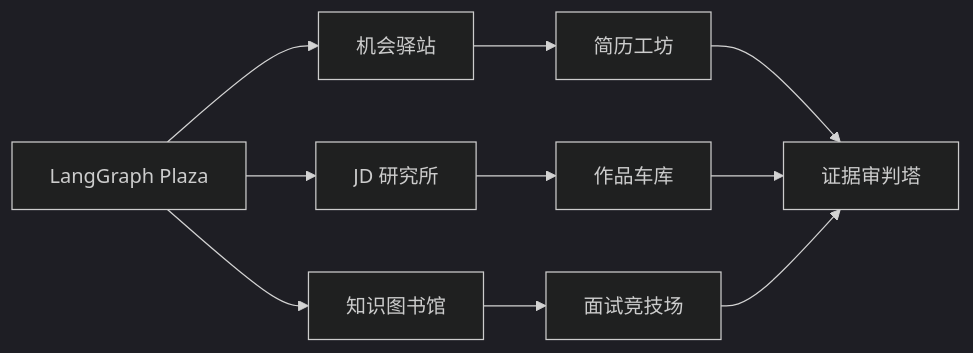
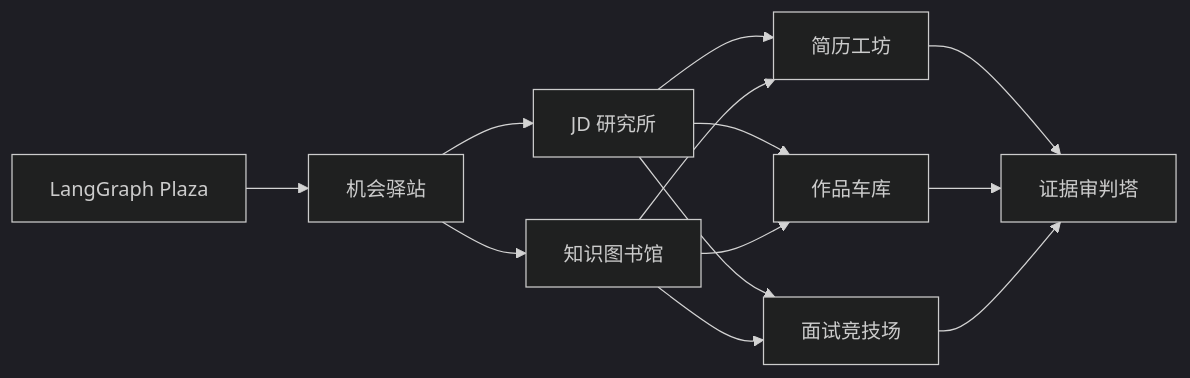
One commit to xiaoxiandadada/job-multi-agent-town changed the second of 2 diagrams in docs/rpg-agent-town.md. Above: the diagram before and after it, drawn with Mermaid (dark theme). The commit also changed other lines of this file and 30 other files, not shown here.

Commit message:
Add role-specific models and observable task graph

````diff
--- a/docs/rpg-agent-town.md
+++ b/docs/rpg-agent-town.md
@@ -50,21 +50,24 @@
 ```mermaid
 flowchart LR
   Plaza["LangGraph Plaza"]
   Scout["机会驿站"]
   JD["JD 研究所"]
   Knowledge["知识图书馆"]
   Resume["简历工坊"]
   Portfolio["作品车库"]
   Interview["面试竞技场"]
   Judge["证据审判塔"]
 
   Plaza --> Scout
-  Plaza --> JD
-  Plaza --> Knowledge
-  Scout --> Resume
+  Scout --> JD
+  Scout --> Knowledge
+  JD --> Resume
+  Knowledge --> Resume
   JD --> Portfolio
+  Knowledge --> Portfolio
+  JD --> Interview
   Knowledge --> Interview
   Resume --> Judge
   Portfolio --> Judge
   Interview --> Judge
 ```
````
